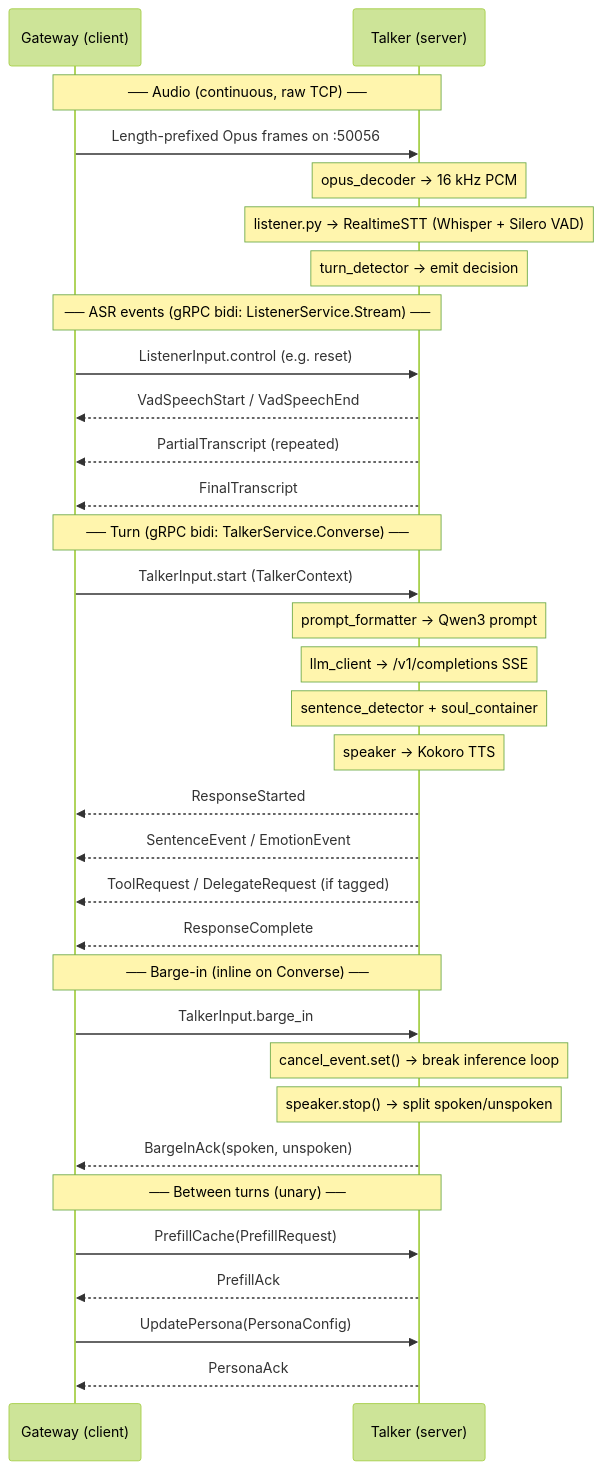
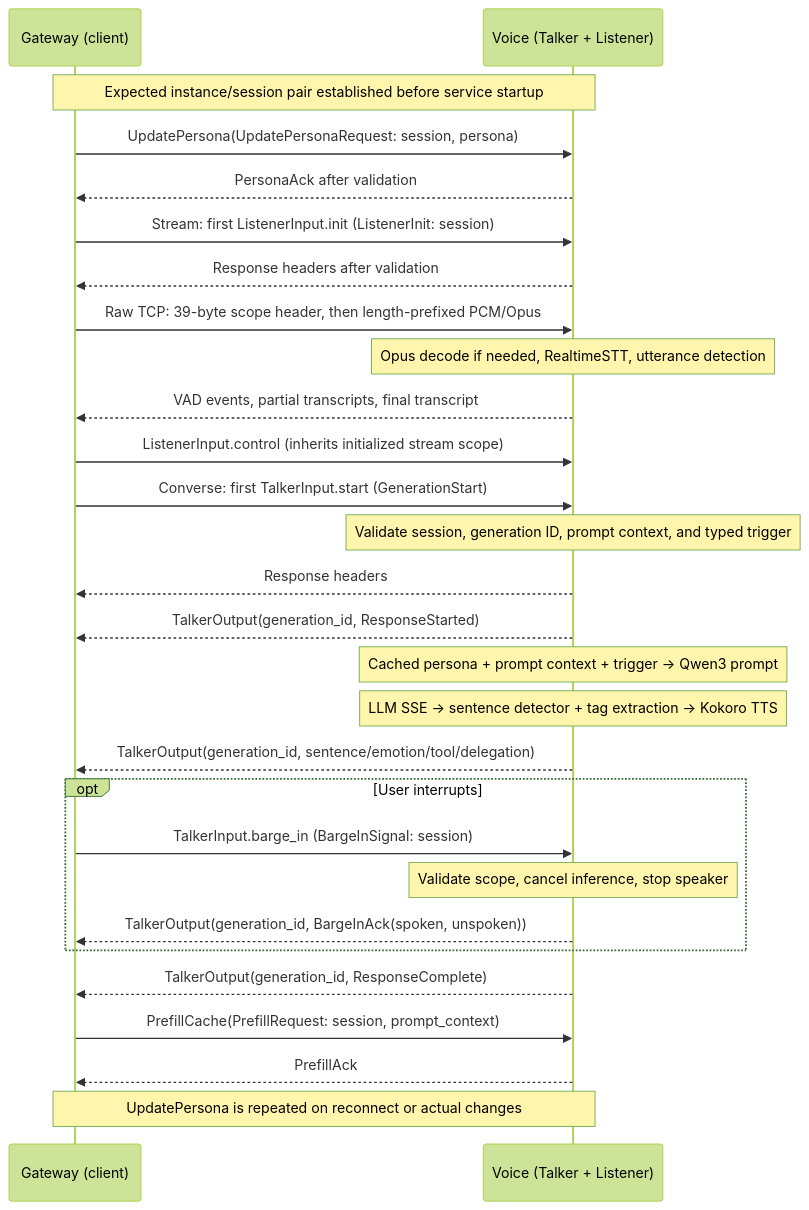
One commit to styin/kaguya changed the diagram in talker/README.md. Above: the diagram before and after it, drawn with Mermaid (forest theme). The commit also changed other lines of this file and 70 other files, not shown here.

First line of the commit message:
refactor: use explicit session and generation protobuf contracts

````diff
--- a/talker/README.md
+++ b/talker/README.md
@@ -239,40 +298,34 @@
 ```mermaid
 sequenceDiagram
     participant G as Gateway (client)
-    participant T as Talker (server)
+    participant V as Voice (Talker + Listener)
 
-    note over G,T: ── Audio (continuous, raw TCP) ──
-    G->>T: Length-prefixed Opus frames on :50056
-    note over T: opus_decoder → 16 kHz PCM
-    note over T: listener.py → RealtimeSTT (Whisper + Silero VAD)
-    note over T: turn_detector → emit decision
+    Note over G,V: Expected instance/session pair established before service startup
+    G->>V: UpdatePersona(UpdatePersonaRequest: session, persona)
+    V-->>G: PersonaAck after validation
 
-    note over G,T: ── ASR events (gRPC bidi: ListenerService.Stream) ──
-    G->>T: ListenerInput.control (e.g. reset)
-    T-->>G: VadSpeechStart / VadSpeechEnd
-    T-->>G: PartialTranscript (repeated)
-    T-->>G: FinalTranscript
+    G->>V: Stream: first ListenerInput.init (ListenerInit: session)
+    V-->>G: Response headers after validation
+    G->>V: Raw TCP: 39-byte scope header, then length-prefixed PCM/Opus
+    Note over V: Opus decode if needed, RealtimeSTT, utterance detection
+    V-->>G: VAD events, partial transcripts, final transcript
+    G->>V: ListenerInput.control (inherits initialized stream scope)
 
-    note over G,T: ── Turn (gRPC bidi: TalkerService.Converse) ──
-    G->>T: TalkerInput.start (TalkerContext)
-    note over T: prompt_formatter → Qwen3 prompt
-    note over T: llm_client → /v1/completions SSE
-    note over T: sentence_detector + soul_container
-    note over T: speaker → Kokoro TTS
-    T-->>G: ResponseStarted
-    T-->>G: SentenceEvent / EmotionEvent
-    T-->>G: ToolRequest / DelegateRequest (if tagged)
-    T-->>G: ResponseComplete
+    G->>V: Converse: first TalkerInput.start (GenerationStart)
+    Note over V: Validate session, generation ID, prompt context, and typed trigger
+    V-->>G: Response headers
+    V-->>G: TalkerOutput(generation_id, ResponseStarted)
+    Note over V: Cached persona + prompt context + trigger → Qwen3 prompt
+    Note over V: LLM SSE → sentence detector + tag extraction → Kokoro TTS
+    V-->>G: TalkerOutput(generation_id, sentence/emotion/tool/delegation)
+    opt User interrupts
+        G->>V: TalkerInput.barge_in (BargeInSignal: session)
+        Note over V: Validate scope, cancel inference, stop speaker
+        V-->>G: TalkerOutput(generation_id, BargeInAck(spoken, unspoken))
+    end
+    V-->>G: TalkerOutput(generation_id, ResponseComplete)
 
-    note over G,T: ── Barge-in (inline on Converse) ──
-    G->>T: TalkerInput.barge_in
-    note over T: cancel_event.set() → break inference loop
-    note over T: speaker.stop() → split spoken/unspoken
-    T-->>G: BargeInAck(spoken, unspoken)
-
-    note over G,T: ── Between turns (unary) ──
-    G->>T: PrefillCache(PrefillRequest)
-    T-->>G: PrefillAck
-    G->>T: UpdatePersona(PersonaConfig)
-    T-->>G: PersonaAck
+    G->>V: PrefillCache(PrefillRequest: session, prompt_context)
+    V-->>G: PrefillAck
+    Note over G,V: UpdatePersona is repeated on reconnect or actual changes
 ```
````
